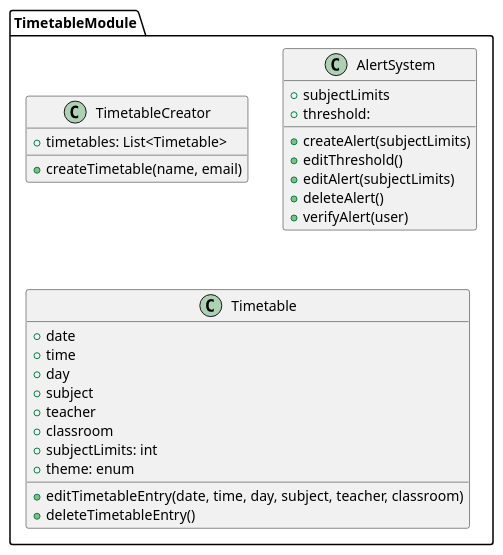
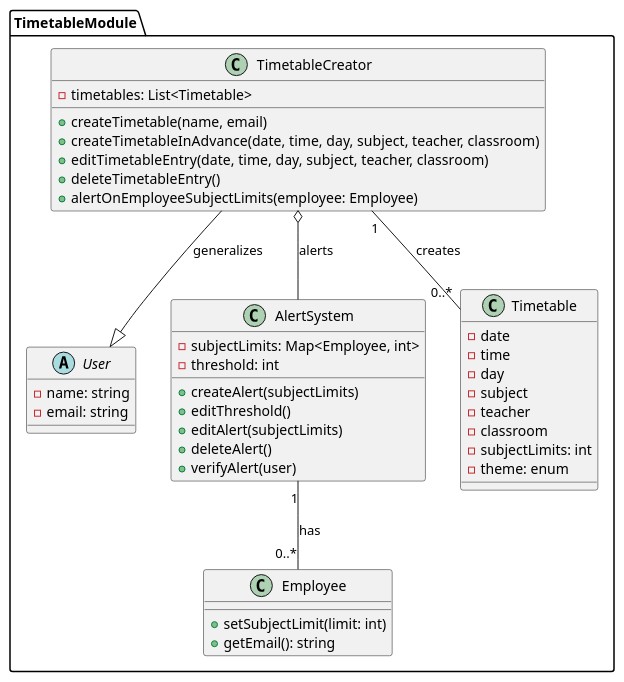
The diagram in timetable.plantuml (anshium/DASS-Assignment-3-IMS-System-Design), drawn with PlantUML before and after one commit.

```diff
--- a/timetable.plantuml
+++ b/timetable.plantuml
@@ -1,35 +1,48 @@
-@startuml timetable
+@startuml
 package TimetableModule {
-	class TimetableCreator {
-		+ timetables: List<Timetable>
+    abstract class User {
+        - name: string
+        - email: string
+    }
 
-		+ createTimetable(name, email)
-	}
+    class Employee {
+        + setSubjectLimit(limit: int)
+        + getEmail(): string
+    }
 
-	class AlertSystem {
-		+ subjectLimits
-		+ threshold: 
-		'(Maximum number of subjects per week)'
-		
-		+ createAlert(subjectLimits)
-		+ editThreshold()
-		+ editAlert(subjectLimits)
-		+ deleteAlert()
-		+ verifyAlert(user)
-	}
+    class TimetableCreator {
+        - timetables: List<Timetable>
+        + createTimetable(name, email)
+        + createTimetableInAdvance(date, time, day, subject, teacher, classroom)
+        + editTimetableEntry(date, time, day, subject, teacher, classroom)
+        + deleteTimetableEntry()
+        + alertOnEmployeeSubjectLimits(employee: Employee)
+    }
 
-	class Timetable {
-		+ date
-		+ time
-		+ day
-		+ subject
-		+ teacher
-		+ classroom
-		+ subjectLimits: int
-		+ theme: enum
+    class AlertSystem {
+        - subjectLimits: Map<Employee, int>
+        - threshold: int
+        + createAlert(subjectLimits)
+        + editThreshold()
+        + editAlert(subjectLimits)
+        + deleteAlert()
+        + verifyAlert(user)
+    }
 
-		+ editTimetableEntry(date, time, day, subject, teacher, classroom)
-		+ deleteTimetableEntry()
-	}
+    class Timetable {
+        - date
+        - time
+        - day
+        - subject
+        - teacher
+        - classroom
+        - subjectLimits: int
+        - theme: enum
+    }
+
+    TimetableCreator "1" -- "0..*" Timetable : creates
+    TimetableCreator --|> User : generalizes
+    TimetableCreator o-- AlertSystem : alerts
+    AlertSystem "1" -- "0..*" Employee : has
 }
 @enduml
```
